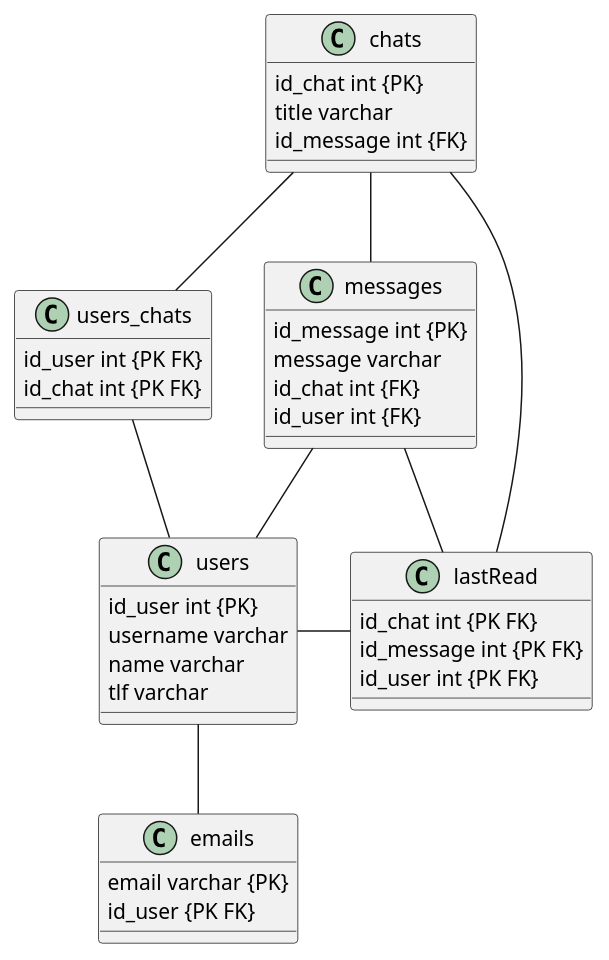
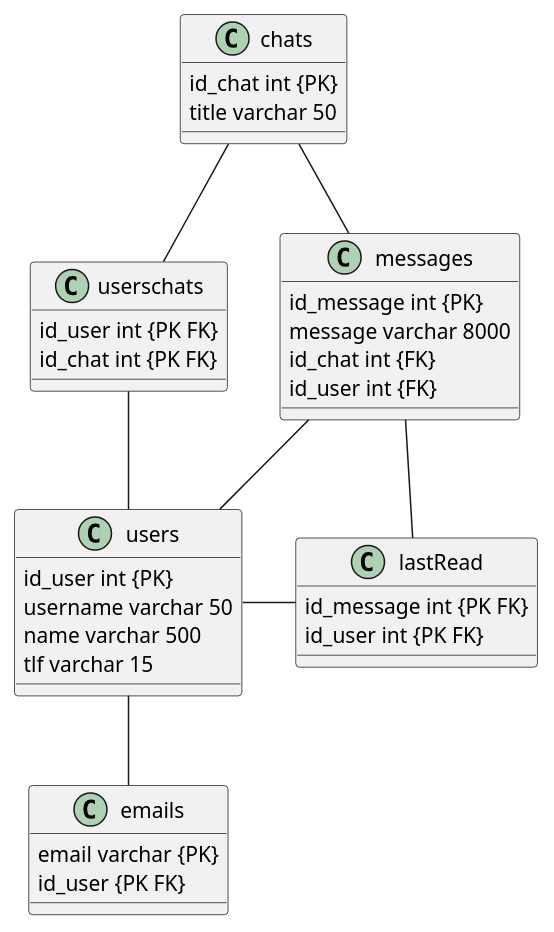
Before and after one commit to freebattie/pg209exam-freebattie: the diagram in documentation/db_ER-model.puml, drawn with PlantUML. The commit also changed 14 other files, not shown here.

```diff
--- a/documentation/db_ER-model.puml
+++ b/documentation/db_ER-model.puml
@@ -1,52 +1,50 @@
 @startuml
 'https://plantuml.com/class-diagram
 
-chats  --  users_chats
+chats -- userschats
 chats -- messages
-chats --- lastRead
 
-users_chats -- users
+userschats -- users
 
 messages -- users
 messages -- lastRead
 
 users - lastRead
 users -- emails
 
 class chats{
     id_chat int {PK}
-    title varchar
-    id_message int {FK}
+    title varchar 50
 }
 
-class users_chats{
+class userschats{
     id_user int {PK FK}
     id_chat int {PK FK}
 }
 
 class messages {
     id_message int {PK}
-    message varchar
+    message varchar 8000
     id_chat int {FK}
     id_user int {FK}
+
 }
 
 class lastRead{
-    id_chat int {PK FK}
     id_message int {PK FK}
     id_user int {PK FK}
 }
 
 class users {
     id_user int {PK}
-    username varchar
-    name varchar
-    tlf varchar
+    username varchar 50
+    name varchar 500
+    tlf varchar 15
 }
 
 class emails {
     email varchar {PK}
     id_user {PK FK}
 }
 
 @enduml
```
